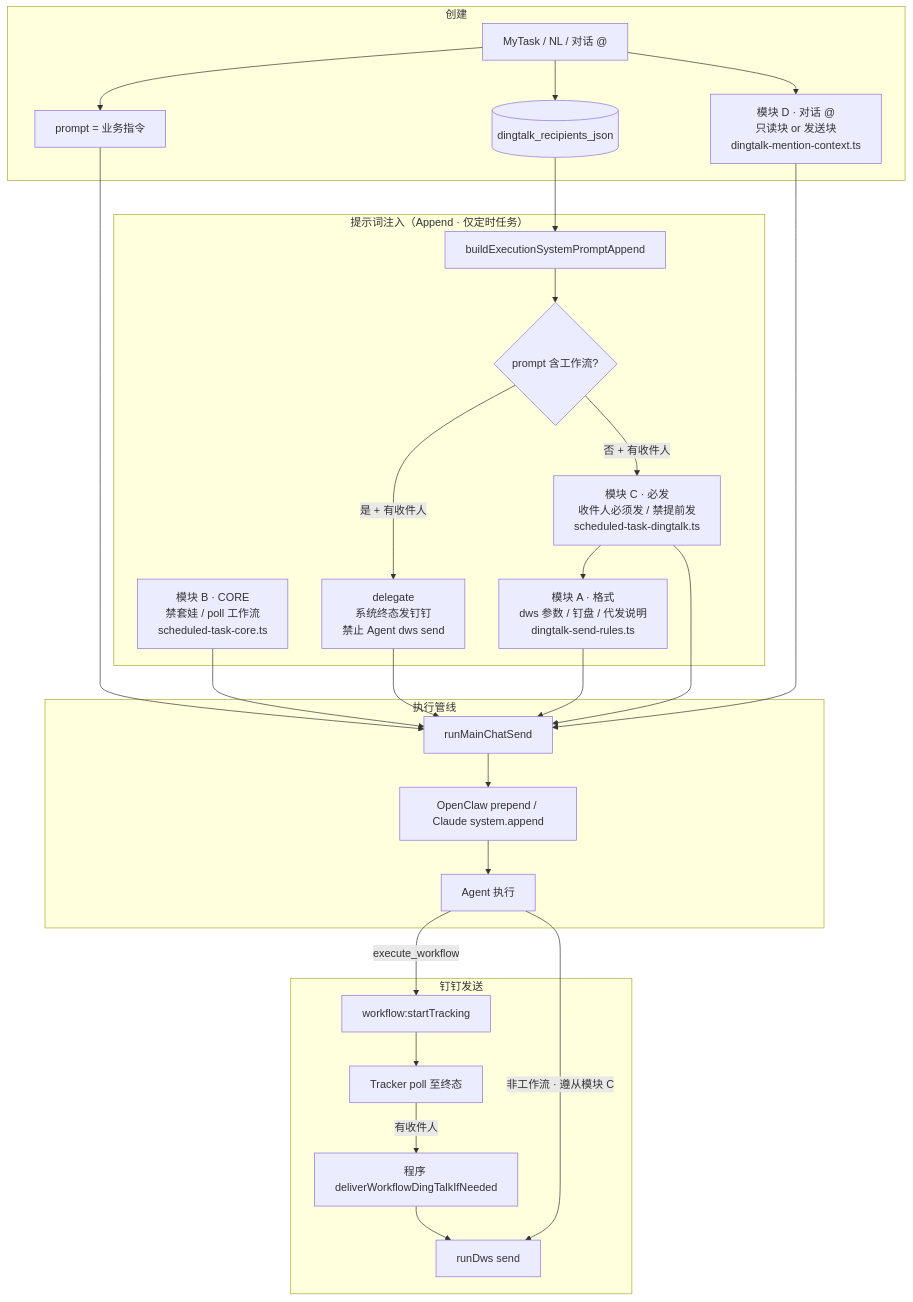
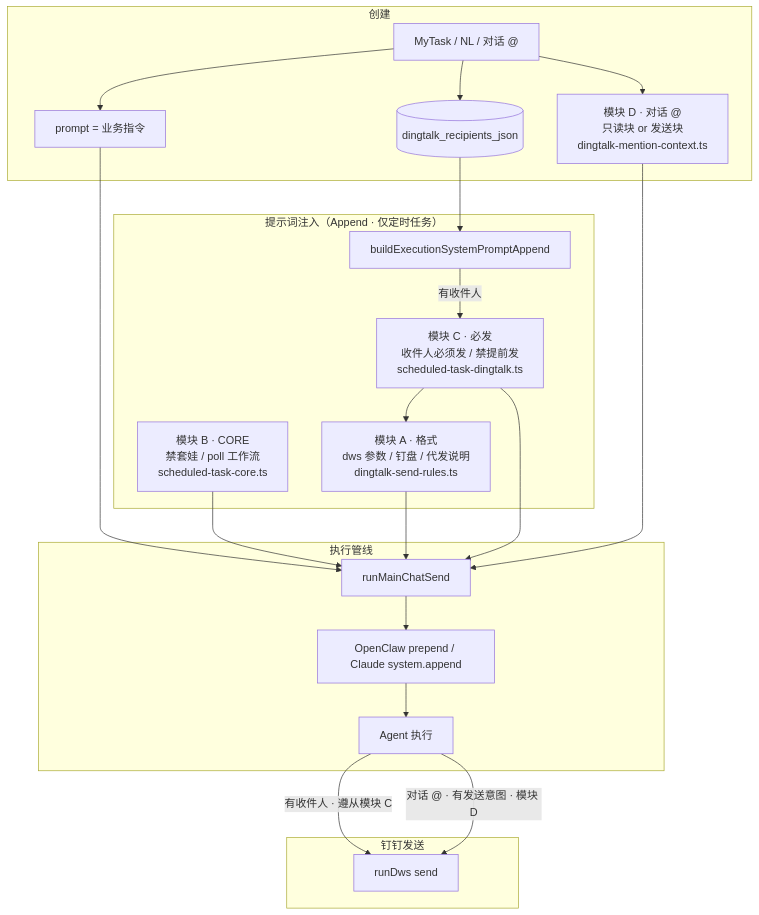
Before and after one commit to snecjk/sclaw: the diagram in docs/钉钉通知优化方案.md, drawn with Mermaid. The commit also changed other lines of this file and 29 other files, not shown here.

````diff
--- a/docs/钉钉通知优化方案.md
+++ b/docs/钉钉通知优化方案.md
@@ -13,36 +15,30 @@
 ```mermaid
 flowchart TB
   subgraph 创建
     UI[MyTask / NL / 对话 @] --> Col[(dingtalk_recipients_json)]
     UI --> Prompt[prompt = 业务指令]
     UI --> ChatD["模块 D · 对话 @<br/>只读块 or 发送块<br/>dingtalk-mention-context.ts"]
   end
 
   subgraph 提示词["提示词注入（Append · 仅定时任务）"]
     Hook["模块 B · CORE<br/>禁套娃 / poll 工作流<br/>scheduled-task-core.ts"]
     Col --> Append[buildExecutionSystemPromptAppend]
-    Append --> WfQ{prompt 含工作流?}
-    WfQ -->|是 + 有收件人| Delegate["delegate<br/>系统终态发钉钉<br/>禁止 Agent dws send"]
-    WfQ -->|否 + 有收件人| ModC["模块 C · 必发<br/>收件人必须发 / 禁提前发<br/>scheduled-task-dingtalk.ts"]
+    Append -->|有收件人| ModC["模块 C · 必发<br/>收件人必须发 / 禁提前发<br/>scheduled-task-dingtalk.ts"]
     ModC --> ModA["模块 A · 格式<br/>dws 参数 / 钉盘 / 代发说明<br/>dingtalk-send-rules.ts"]
   end
 
   subgraph 执行管线
     Prompt --> Send[runMainChatSend]
     Hook --> Send
-    Delegate --> Send
     ModA --> Send
     ModC --> Send
     ChatD --> Send
     Send --> Adapter[OpenClaw prepend / Claude system.append]
     Adapter --> Agent[Agent 执行]
   end
 
   subgraph 钉钉发送
-    Agent -->|execute_workflow| Track[workflow:startTracking]
-    Track --> Poll[Tracker poll 至终态]
-    Poll -->|有收件人| Deliver[程序 deliverWorkflowDingTalkIfNeeded]
-    Deliver --> DWS[runDws send]
-    Agent -->|"非工作流 · 遵从模块 C"| DWS
+    Agent -->|"有收件人 · 遵从模块 C"| DWS[runDws send]
+    Agent -->|"对话 @ · 有发送意图 · 模块 D"| DWS
   end
 ```
````
